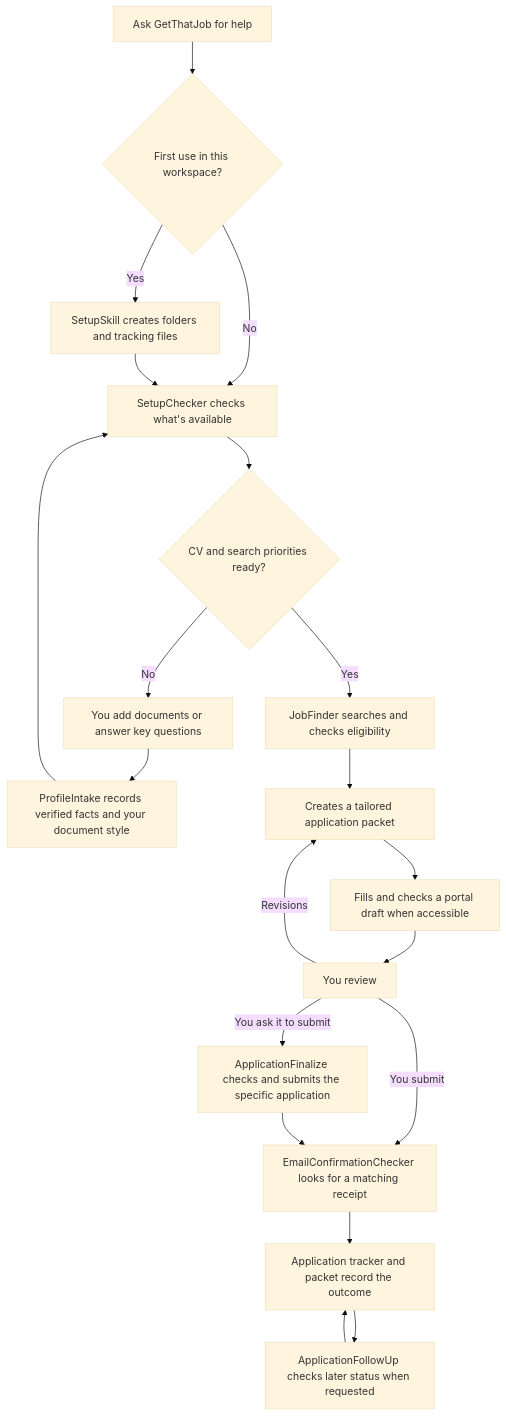
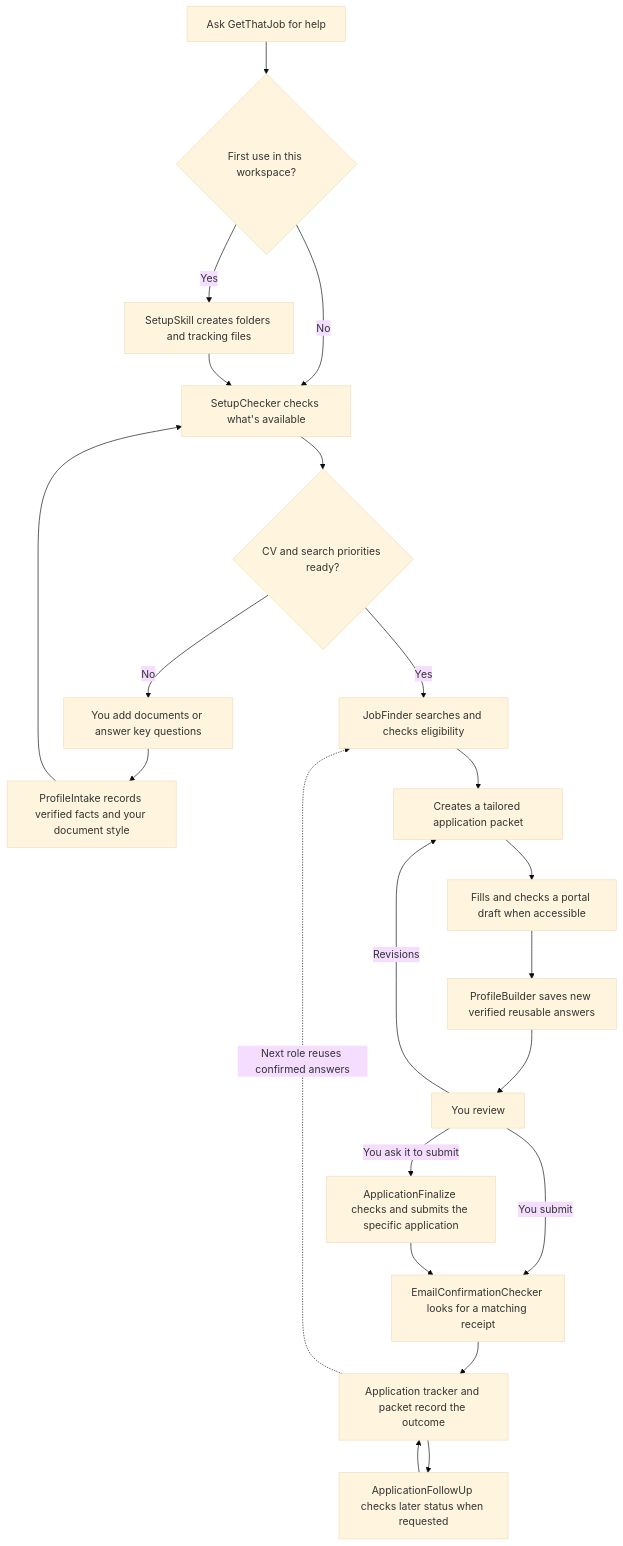
Before and after one commit to YazanMahaini/GetThatJob: the diagram in WORKFLOW.md, drawn with Mermaid (base theme). The commit also changed other lines of this file and 18 other files, not shown here.

Commit message:
Add reusable application ProfileBuilder

````diff
--- a/WORKFLOW.md
+++ b/WORKFLOW.md
@@ -5,22 +5,24 @@
 ```mermaid
 flowchart TD
     A["Ask GetThatJob for help"] --> B{"First use in this workspace?"}
     B -- Yes --> C["SetupSkill creates folders and tracking files"]
     B -- No --> D["SetupChecker checks what's available"]
     C --> D
     D --> E{"CV and search priorities ready?"}
     E -- No --> F["You add documents or answer key questions"]
     F --> G["ProfileIntake records verified facts and your document style"]
     G --> D
     E -- Yes --> H["JobFinder searches and checks eligibility"]
     H --> I["Creates a tailored application packet"]
     I --> J["Fills and checks a portal draft when accessible"]
-    J --> K["You review"]
+    J --> P["ProfileBuilder saves new verified reusable answers"]
+    P --> K["You review"]
     K -- Revisions --> I
     K -- You submit --> M["EmailConfirmationChecker looks for a matching receipt"]
     K -- You ask it to submit --> L["ApplicationFinalize checks and submits the specific application"]
     L --> M
     M --> N["Application tracker and packet record the outcome"]
     N --> O["ApplicationFollowUp checks later status when requested"]
     O --> N
+    N -.->|Next role reuses confirmed answers| H
 ```
````
